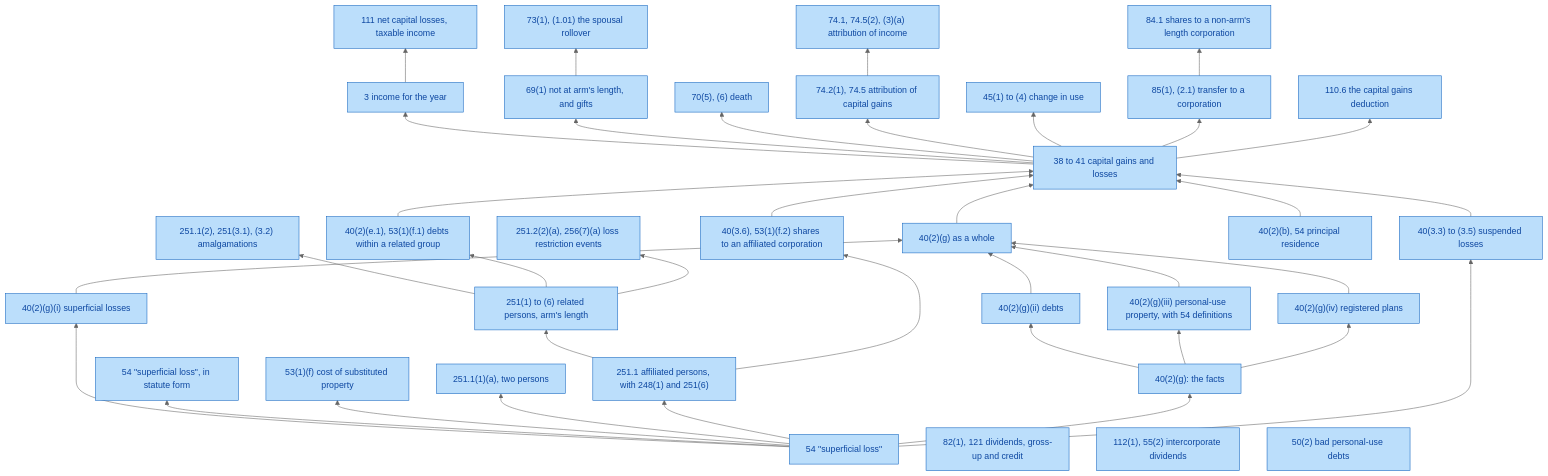
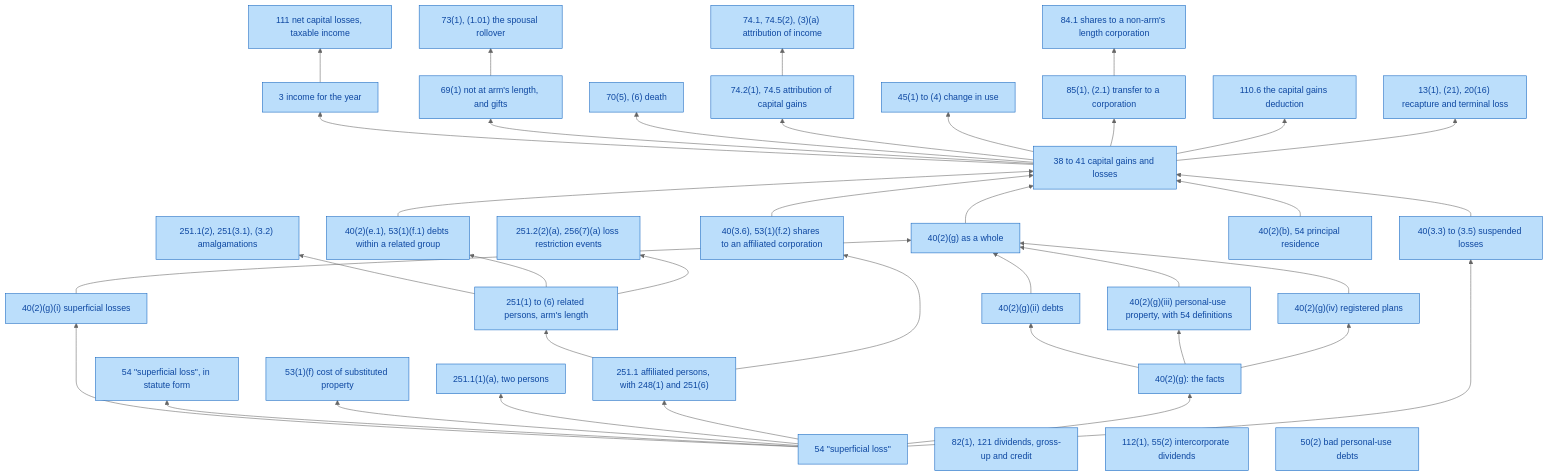
The diagram in docs/graphs/provisions.md (SeanWMurray/Canteen), drawn with Mermaid (neutral theme) before and after one commit. The commit also changed 14 other files, not shown here.

First line of the commit message:
Encode depreciable property: 13(21) UCC, 13(1) recapture, 20(16) terminal loss

````diff
--- a/docs/graphs/provisions.md
+++ b/docs/graphs/provisions.md
@@ -7,72 +7,74 @@
 ```mermaid
 flowchart BT
   v0["54 #quot;superficial loss#quot;"]:::prov
   v1["40(2)(g)(i) superficial losses"]:::prov
   v2["54 #quot;superficial loss#quot;, in statute form"]:::prov
   v3["53(1)(f) cost of substituted property"]:::prov
   v4["251.1(1)(a), two persons"]:::prov
   v5["251.1 affiliated persons, with 248(1) and 251(6)"]:::prov
   v6["251(1) to (6) related persons, arm's length"]:::prov
   v7["251.1(2), 251(3.1), (3.2) amalgamations"]:::prov
   v8["40(2)(g): the facts"]:::prov
   v9["40(2)(g)(ii) debts"]:::prov
   v10["40(2)(g)(iii) personal-use property, with 54 definitions"]:::prov
   v11["40(2)(g)(iv) registered plans"]:::prov
   v12["40(2)(g) as a whole"]:::prov
   v13["40(3.3) to (3.5) suspended losses"]:::prov
   v14["40(3.6), 53(1)(f.2) shares to an affiliated corporation"]:::prov
   v15["40(2)(e.1), 53(1)(f.1) debts within a related group"]:::prov
   v16["40(2)(b), 54 principal residence"]:::prov
   v17["38 to 41 capital gains and losses"]:::prov
   v18["3 income for the year"]:::prov
   v19["111 net capital losses, taxable income"]:::prov
   v20["69(1) not at arm's length, and gifts"]:::prov
   v21["73(1), (1.01) the spousal rollover"]:::prov
   v22["70(5), (6) death"]:::prov
   v23["74.2(1), 74.5 attribution of capital gains"]:::prov
   v24["45(1) to (4) change in use"]:::prov
   v25["85(1), (2.1) transfer to a corporation"]:::prov
   v26["84.1 shares to a non-arm's length corporation"]:::prov
   v27["110.6 the capital gains deduction"]:::prov
   v28["251.2(2)(a), 256(7)(a) loss restriction events"]:::prov
   v29["74.1, 74.5(2), (3)(a) attribution of income"]:::prov
   v30["82(1), 121 dividends, gross-up and credit"]:::prov
   v31["112(1), 55(2) intercorporate dividends"]:::prov
-  v32["50(2) bad personal-use debts"]:::prov
+  v32["13(1), (21), 20(16) recapture and terminal loss"]:::prov
+  v33["50(2) bad personal-use debts"]:::prov
   v0 --> v1
   v0 --> v2
   v0 --> v3
   v0 --> v4
   v0 --> v5
   v5 --> v6
   v6 --> v7
   v0 --> v8
   v8 --> v9
   v8 --> v10
   v8 --> v11
   v9 --> v12
   v10 --> v12
   v11 --> v12
   v1 --> v12
   v0 --> v13
   v5 --> v14
   v6 --> v15
   v12 --> v17
   v13 --> v17
   v14 --> v17
   v15 --> v17
   v16 --> v17
   v17 --> v18
   v18 --> v19
   v17 --> v20
   v20 --> v21
   v17 --> v22
   v17 --> v23
   v17 --> v24
   v17 --> v25
   v25 --> v26
   v17 --> v27
   v6 --> v28
   v23 --> v29
+  v17 --> v32
   classDef prov fill:#bbdefb,stroke:#1565c0,color:#0d47a1
 ```
````
